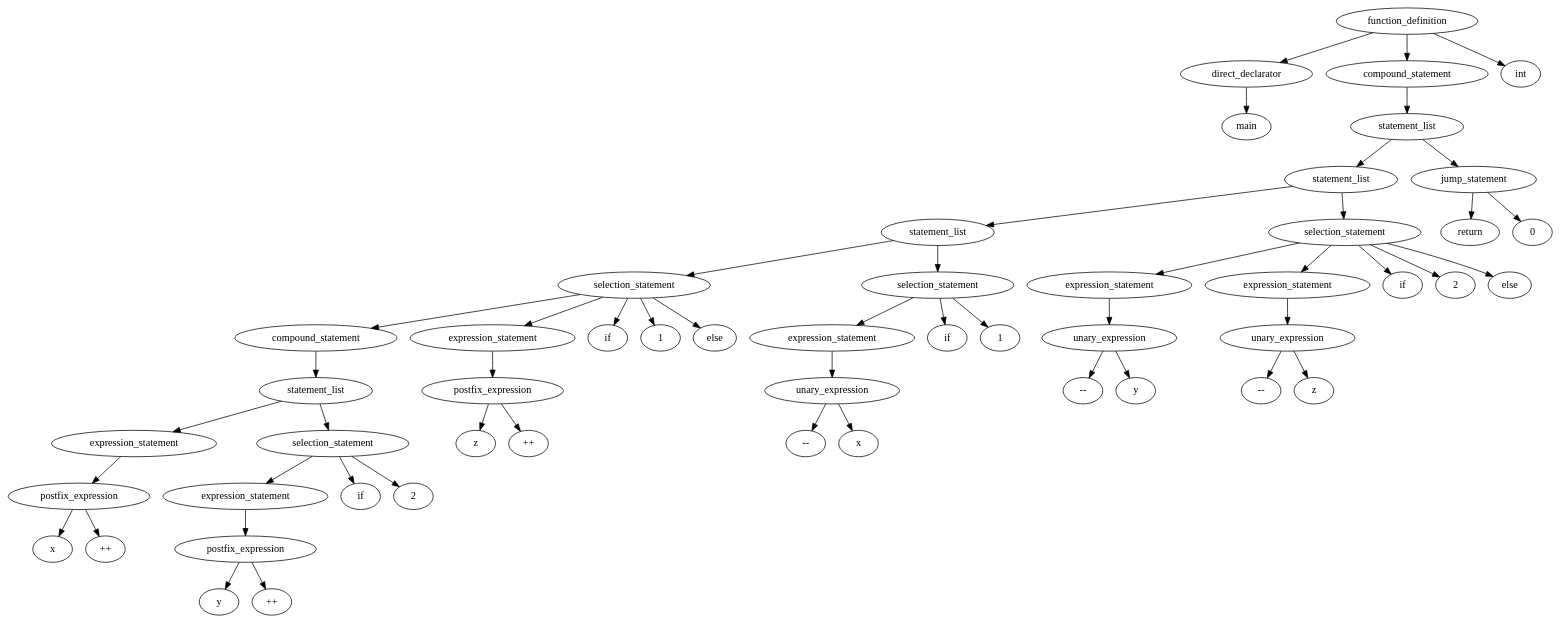
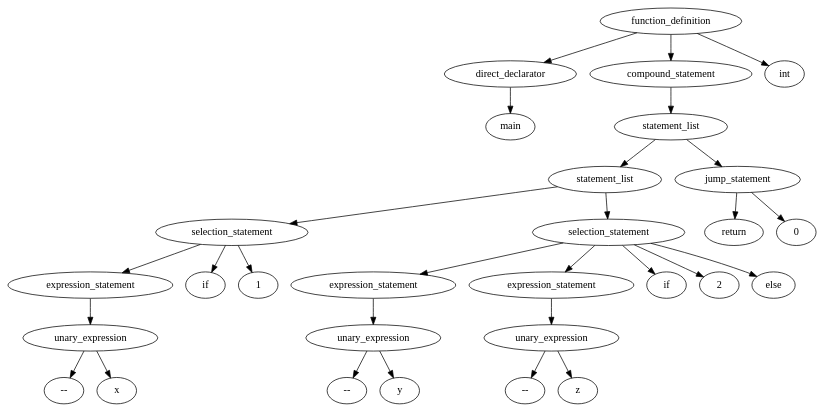
One commit to govarun/compiler-project changed the diagram in src/graph1.dot. Above: the diagram before and after it, drawn with Graphviz. The commit also changed 7 other files, not shown here.

```diff
--- a/src/graph1.dot
+++ b/src/graph1.dot
@@ -1,103 +1,59 @@
 digraph ethane {
 1[label="direct_declarator"]
 2[label="main"]
 1 -> 2
-3[label="postfix_expression"]
-4[label="x"]
+3[label="unary_expression"]
+4[label="--"]
 3 -> 4
-5[label="++"]
+5[label="x"]
 3 -> 5
 6[label="expression_statement"]
 6 -> 3
-7[label="postfix_expression"]
-8[label="y"]
+7[label="selection_statement"]
+8[label="if"]
 7 -> 8
-9[label="++"]
+9[label="1"]
 7 -> 9
-10[label="expression_statement"]
-10 -> 7
-11[label="selection_statement"]
-12[label="if"]
-11 -> 12
-13[label="2"]
-11 -> 13
-11 -> 10
-14[label="statement_list"]
-14 -> 6
-14 -> 11
-15[label="compound_statement"]
-15 -> 14
-16[label="postfix_expression"]
-17[label="z"]
-16 -> 17
-18[label="++"]
-16 -> 18
-19[label="expression_statement"]
-19 -> 16
-20[label="selection_statement"]
-21[label="if"]
-20 -> 21
-22[label="1"]
-20 -> 22
-20 -> 15
-23[label="else"]
-20 -> 23
-20 -> 19
-24[label="unary_expression"]
-25[label="--"]
-24 -> 25
-26[label="x"]
-24 -> 26
-27[label="expression_statement"]
-27 -> 24
-28[label="selection_statement"]
-29[label="if"]
+7 -> 6
+10[label="unary_expression"]
+11[label="--"]
+10 -> 11
+12[label="y"]
+10 -> 12
+13[label="expression_statement"]
+13 -> 10
+14[label="unary_expression"]
+15[label="--"]
+14 -> 15
+16[label="z"]
+14 -> 16
+17[label="expression_statement"]
+17 -> 14
+18[label="selection_statement"]
+19[label="if"]
+18 -> 19
+20[label="2"]
+18 -> 20
+18 -> 13
+21[label="else"]
+18 -> 21
+18 -> 17
+22[label="statement_list"]
+22 -> 7
+22 -> 18
+23[label="jump_statement"]
+24[label="return"]
+23 -> 24
+25[label="0"]
+23 -> 25
+26[label="statement_list"]
+26 -> 22
+26 -> 23
+27[label="compound_statement"]
+27 -> 26
+28[label="function_definition"]
+29[label="int"]
 28 -> 29
-30[label="1"]
-28 -> 30
+28 -> 1
 28 -> 27
-31[label="statement_list"]
-31 -> 20
-31 -> 28
-32[label="unary_expression"]
-33[label="--"]
-32 -> 33
-34[label="y"]
-32 -> 34
-35[label="expression_statement"]
-35 -> 32
-36[label="unary_expression"]
-37[label="--"]
-36 -> 37
-38[label="z"]
-36 -> 38
-39[label="expression_statement"]
-39 -> 36
-40[label="selection_statement"]
-41[label="if"]
-40 -> 41
-42[label="2"]
-40 -> 42
-40 -> 35
-43[label="else"]
-40 -> 43
-40 -> 39
-44[label="statement_list"]
-44 -> 31
-44 -> 40
-45[label="jump_statement"]
-46[label="return"]
-45 -> 46
-47[label="0"]
-45 -> 47
-48[label="statement_list"]
-48 -> 44
-48 -> 45
-49[label="compound_statement"]
-49 -> 48
-50[label="function_definition"]
-51[label="int"]
-50 -> 51
-50 -> 1
-50 -> 49
 }
```
